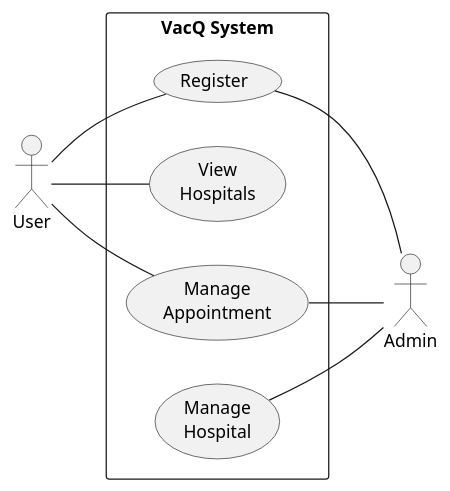
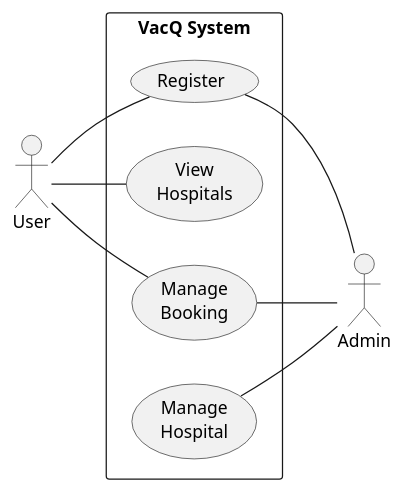
Before and after one commit to nattapong232/DentistBooking: the diagram in VacQusecase.puml, drawn with PlantUML. The commit also changed 11 other files, not shown here.

Commit message:
Change appointment to booking

```diff
--- a/VacQusecase.puml
+++ b/VacQusecase.puml
@@ -1,20 +1,20 @@
 @startuml VacQ System Use Case Diagram
 left to right direction
 actor "User" as user
 rectangle "VacQ System" as VacQSystem {    
     usecase "Register" as register
     usecase "View\nHospitals" as viewHospitals
-    usecase "Manage\nAppointment" as manageAppt
+    usecase "Manage\nBooking" as manageAppt
     usecase "Manage\nHospital" as manageHospital
 }
 
 user -- register
 user -- viewHospitals
 user -- manageAppt
 
 actor "Admin" as admin
 register -- admin
 manageHospital -- admin
 manageAppt -- admin
 
 @enduml
```
